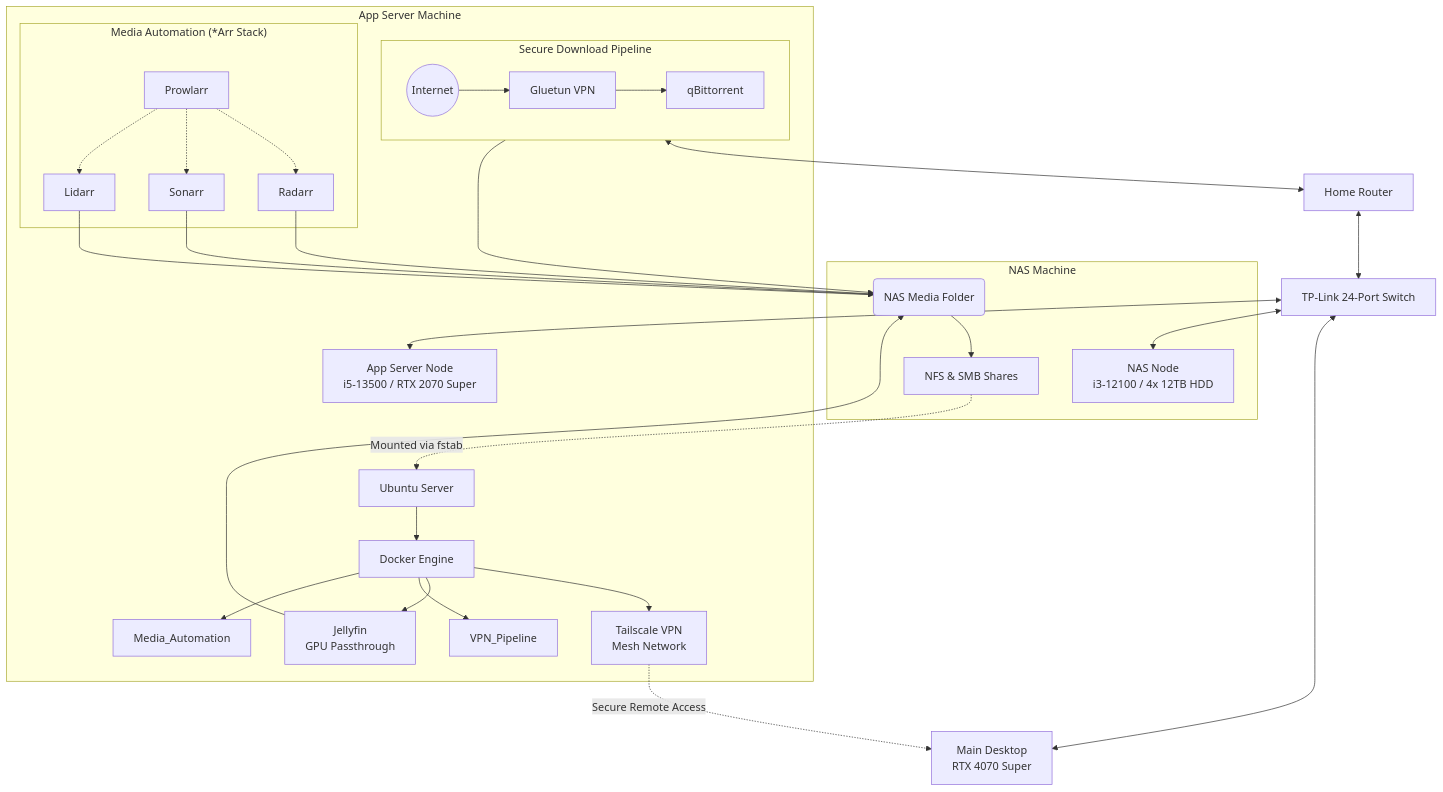
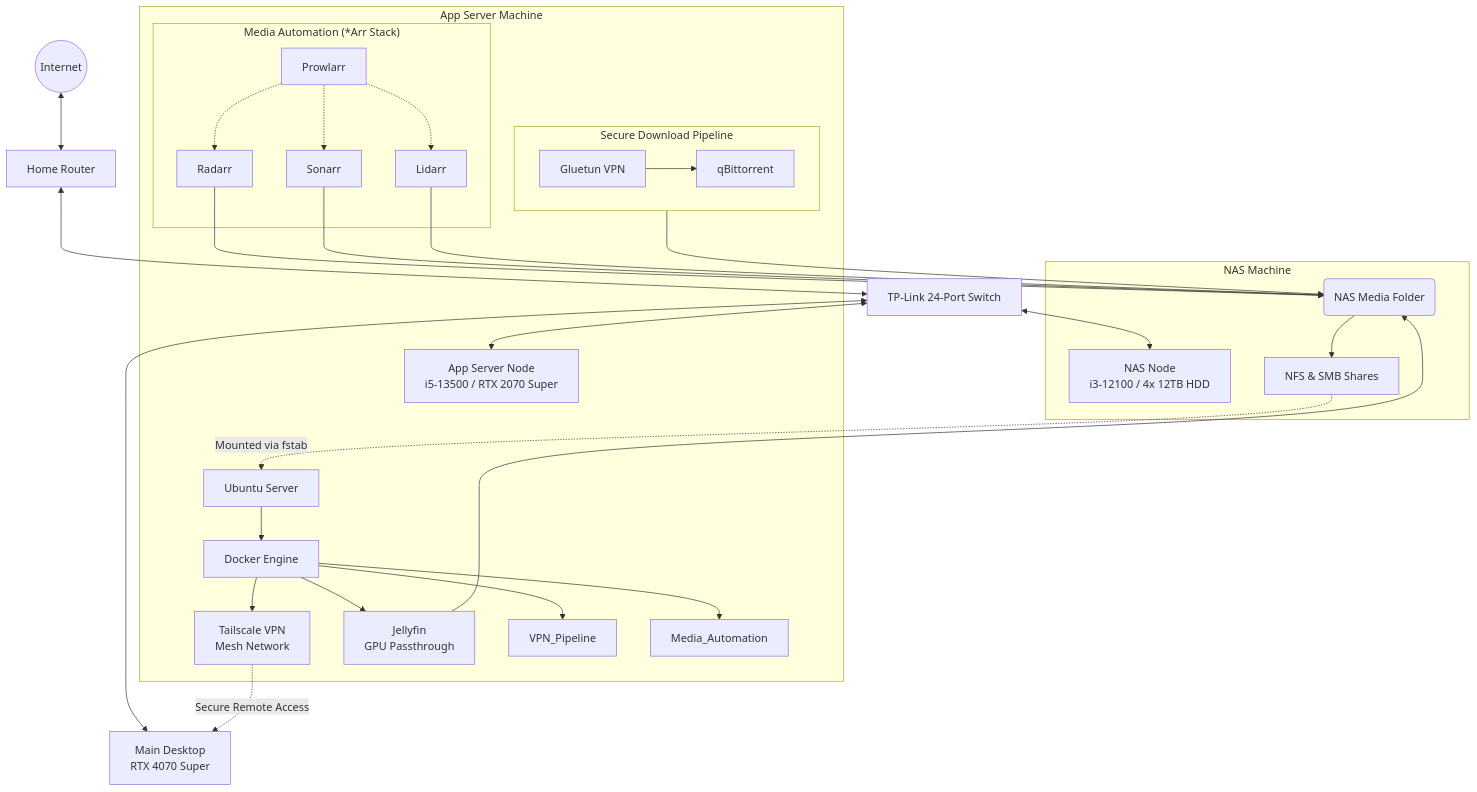
The diagram in README.md (CHammerData/Home_Lab_Setup), drawn with Mermaid before and after one commit.

Commit message:
mermaid fix

````diff
--- a/README.md
+++ b/README.md
@@ -9,50 +9,50 @@
 ```mermaid
 graph TD
     Internet((Internet)) <--> Router[Home Router]
     Router <--> Switch[TP-Link 24-Port Switch]
 
     Switch <--> Desktop[Main Desktop\nRTX 4070 Super]
     Switch <--> NAS[NAS Node\ni3-12100 / 4x 12TB HDD]
     Switch <--> AppServer[App Server Node\ni5-13500 / RTX 2070 Super]
 
     subgraph NAS Machine
         NAS
         Storage[ZFS Storage Pool]
         Shares[NFS & SMB Shares]
         Storage --> Shares
     end
 
     subgraph App Server Machine
         AppServer
         OS[Ubuntu Server]
         Docker[Docker Engine]
         OS --> Docker
         
         Tailscale[Tailscale VPN\nMesh Network]
         Jellyfin[Jellyfin\nGPU Passthrough]
         
         subgraph "Secure Download Pipeline"
             direction LR
-            Internet --> Gluetun[Gluetun VPN] --> qBit[qBittorrent]
+            Gluetun[Gluetun VPN] --> qBit[qBittorrent]
         end
         
         subgraph "Media Automation (*Arr Stack)"
             Prowlarr -.-> Radarr
             Prowlarr -.-> Sonarr
             Prowlarr -.-> Lidarr
         end
         
         Docker --> Tailscale
         Docker --> Jellyfin
         Docker --> VPN_Pipeline
         Docker --> Media_Automation
     end
 
     Shares -.->|Mounted via fstab| OS
     Tailscale -.->|Secure Remote Access| Desktop
     qBit --> Storage(NAS Downloads Folder)
     Radarr --> Storage
     Sonarr --> Storage
     Lidarr --> Storage
     Jellyfin --> Storage(NAS Media Folder)
 ```
````
